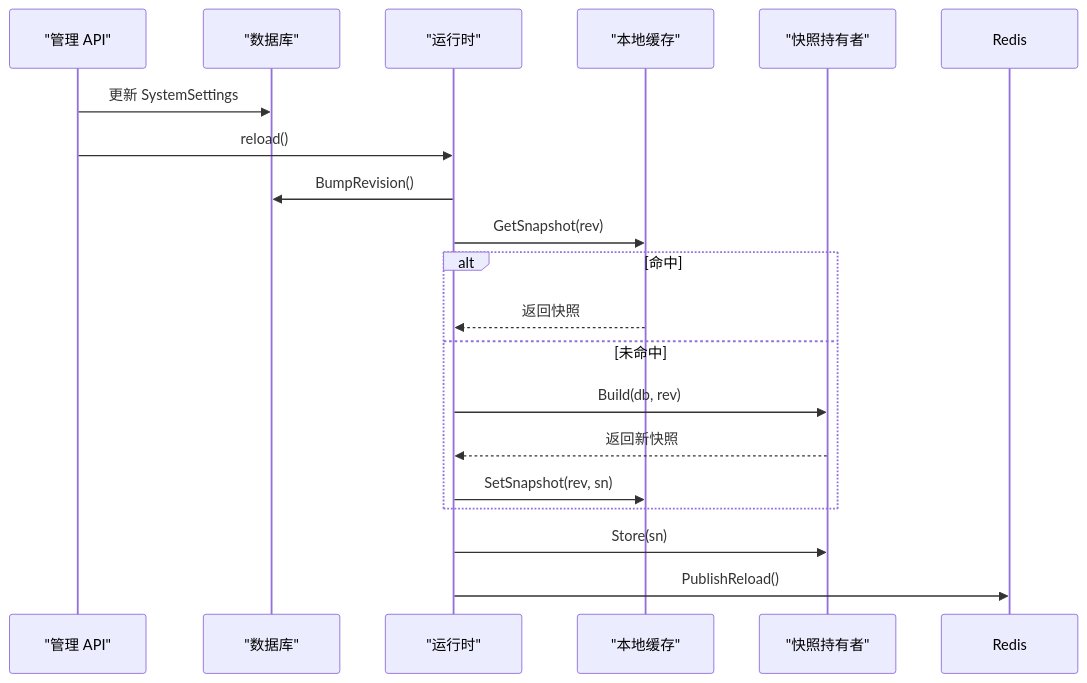
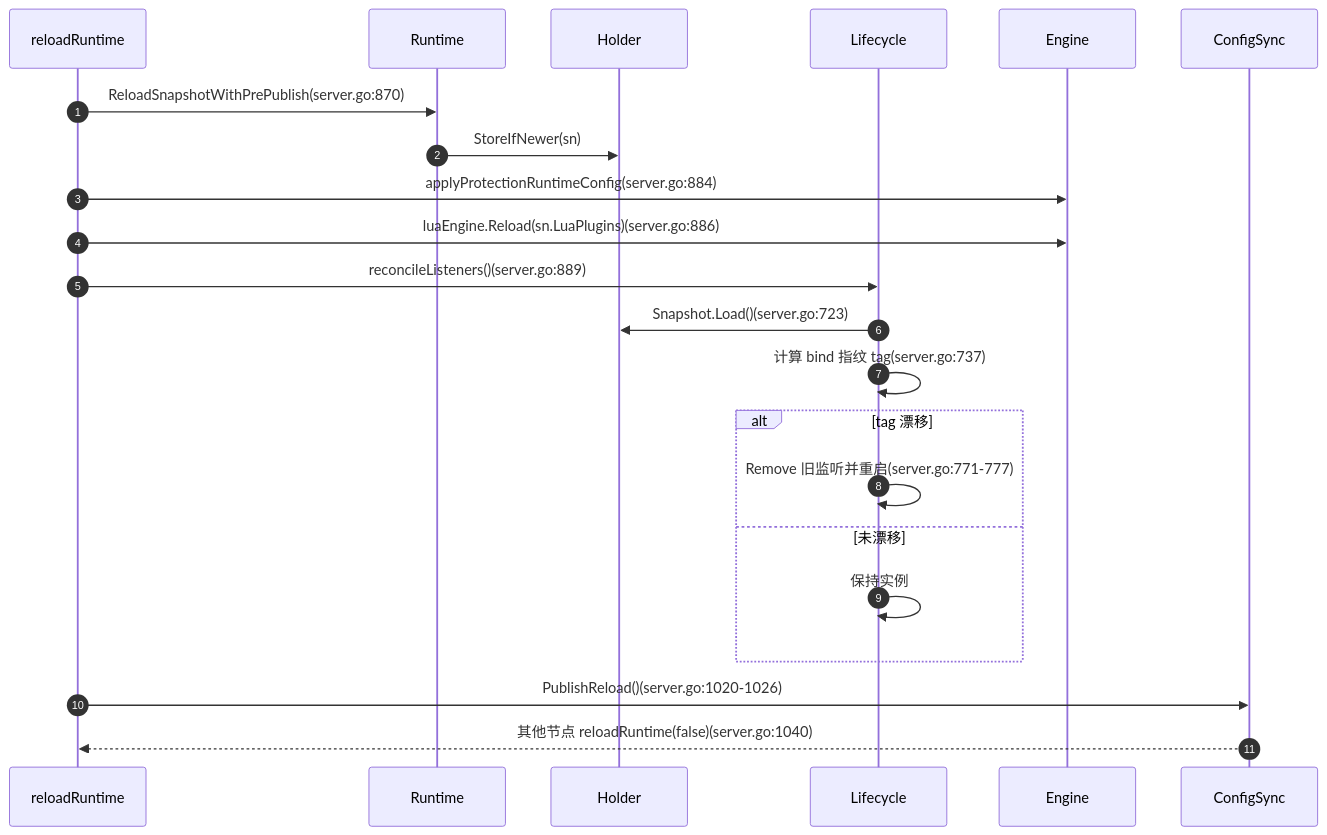
One commit to x01n/My-OpenWaf changed the sixth of 7 diagrams in docs/WAF 引擎系统/引擎核心架构/快照系统.md. Above: the diagram before and after it, drawn with Mermaid. The commit also changed other lines of this file and 622 other files, not shown here.

````diff
--- a/docs/WAF 引擎系统/引擎核心架构/快照系统.md
+++ b/docs/WAF 引擎系统/引擎核心架构/快照系统.md
@@ -246,21 +410,24 @@
 ```mermaid
 sequenceDiagram
-participant API as "管理 API"
-participant DB as "数据库"
-participant RT as "运行时"
-participant LC as "本地缓存"
-participant SNAP as "快照持有者"
-API->>DB : 更新 SystemSettings
-API->>RT : reload()
-RT->>DB : BumpRevision()
-RT->>LC : GetSnapshot(rev)
-alt 命中
-LC-->>RT : 返回快照
-else 未命中
-RT->>SNAP : Build(db, rev)
-SNAP-->>RT : 返回新快照
-RT->>LC : SetSnapshot(rev, sn)
+autonumber
+participant RL as reloadRuntime
+participant RT as Runtime
+participant HD as Holder
+participant LM as Lifecycle
+participant ENG as Engine
+participant RS as ConfigSync
+RL->>RT : ReloadSnapshotWithPrePublish(server.go:870)
+RT->>HD : StoreIfNewer(sn)
+RL->>ENG : applyProtectionRuntimeConfig(server.go:884)
+RL->>ENG : luaEngine.Reload(sn.LuaPlugins)(server.go:886)
+RL->>LM : reconcileListeners()(server.go:889)
+LM->>HD : Snapshot.Load()(server.go:723)
+LM->>LM : 计算 bind 指纹 tag(server.go:737)
+alt tag 漂移
+LM->>LM : Remove 旧监听并重启(server.go:771-777)
+else 未漂移
+LM->>LM : 保持实例
 end
-RT->>SNAP : Store(sn)
-RT->>Redis : PublishReload()
+RL->>RS : PublishReload()(server.go:1020-1026)
+RS-->>RL : 其他节点 reloadRuntime(false)(server.go:1040)
 ```
````
